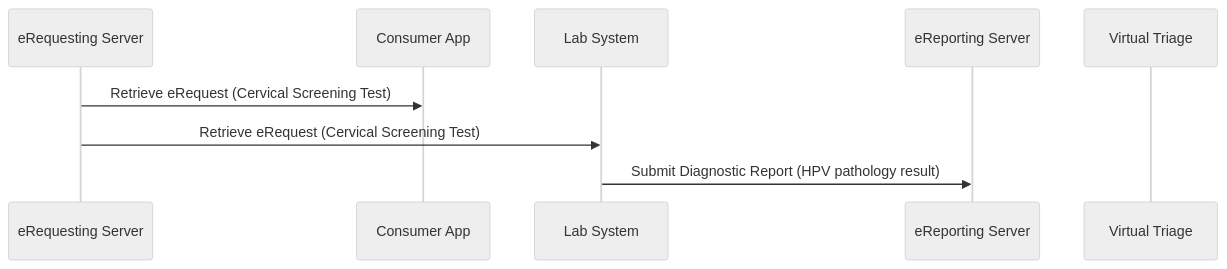
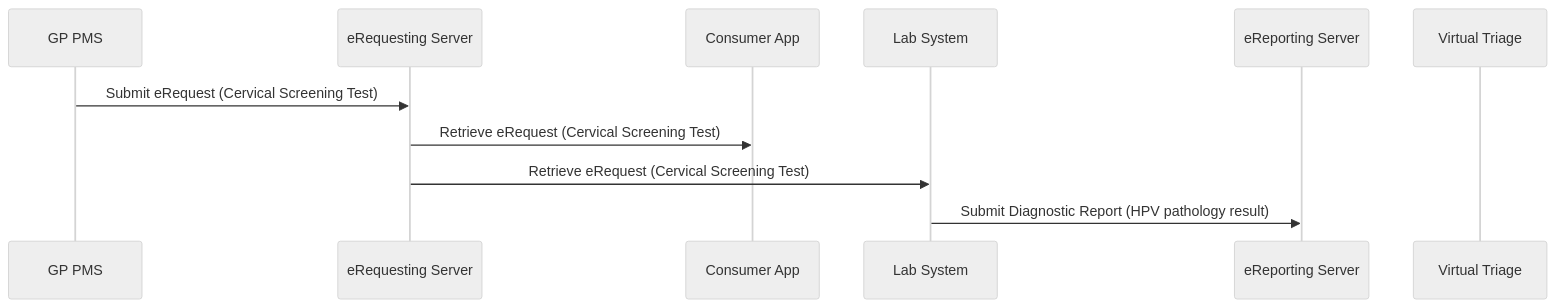
The first of 7 diagrams in au-fhir-test-data-set/connected-care/Alex Story Interactions.md (hl7au/au-fhir-test-data), drawn with Mermaid (neutral theme) before and after one commit. The commit also changed other lines of this file, not shown here.

Commit message:
Update Alex Story Interactions

````diff
--- a/au-fhir-test-data-set/connected-care/Alex Story Interactions.md
+++ b/au-fhir-test-data-set/connected-care/Alex Story Interactions.md
@@ -14,13 +5,16 @@
 ```mermaid
 sequenceDiagram
+    participant PMS as GP PMS
     participant ReqSvr as eRequesting Server
     participant PatApp as Consumer App
     participant Lab as Lab System
     participant RptSvr as eReporting Server
     participant VT as Virtual Triage
     
+    PMS->>ReqSvr: Submit eRequest (Cervical Screening Test)
+
     ReqSvr->>PatApp: Retrieve eRequest (Cervical Screening Test)
     ReqSvr->>Lab: Retrieve eRequest (Cervical Screening Test)
     Lab->>RptSvr: Submit Diagnostic Report (HPV pathology result)
     
 ```
````
